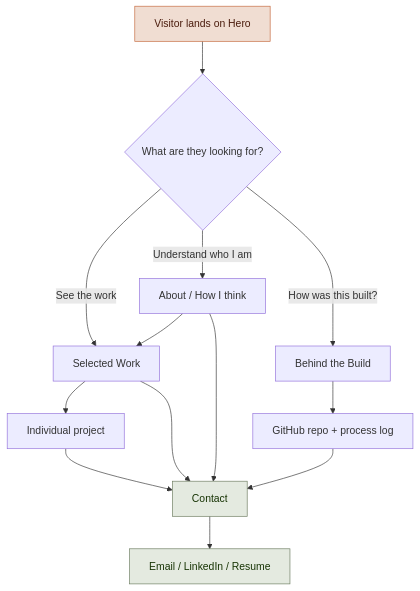
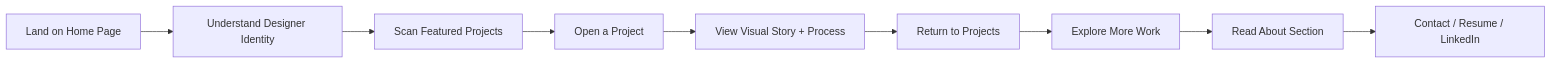
Before and after one commit to Niharika12002/niharikajain.portfolio: the second of 3 diagrams in README.md, drawn with Mermaid. The commit also changed other lines of this file, not shown here.

````diff
--- a/README.md
+++ b/README.md
@@ -63,20 +155,11 @@
 ```mermaid
-flowchart TD
-    A["Visitor lands on Hero"] --> B{"What are they looking for?"}
-    B -->|"See the work"| C["Selected Work"]
-    B -->|"Understand who I am"| D["About / How I think"]
-    B -->|"How was this built?"| E["Behind the Build"]
-    C --> F["Individual project"]
-    D --> C
-    E --> G["GitHub repo + process log"]
-    F --> H["Contact"]
-    C --> H
-    D --> H
-    G --> H
-    H --> I["Email / LinkedIn / Resume"]
-
-    classDef entry fill:#F0DDD2,stroke:#C4673A,color:#4A1B0C
-    classDef goal fill:#E4EAE0,stroke:#6B7B5E,color:#173404
-    class A entry
-    class H,I goal
+flowchart LR
+    A[Land on Home Page] --> B[Understand Designer Identity]
+    B --> C[Scan Featured Projects]
+    C --> D[Open a Project]
+    D --> E[View Visual Story + Process]
+    E --> F[Return to Projects]
+    F --> G[Explore More Work]
+    G --> H[Read About Section]
+    H --> I[Contact / Resume / LinkedIn]
 ```
````
